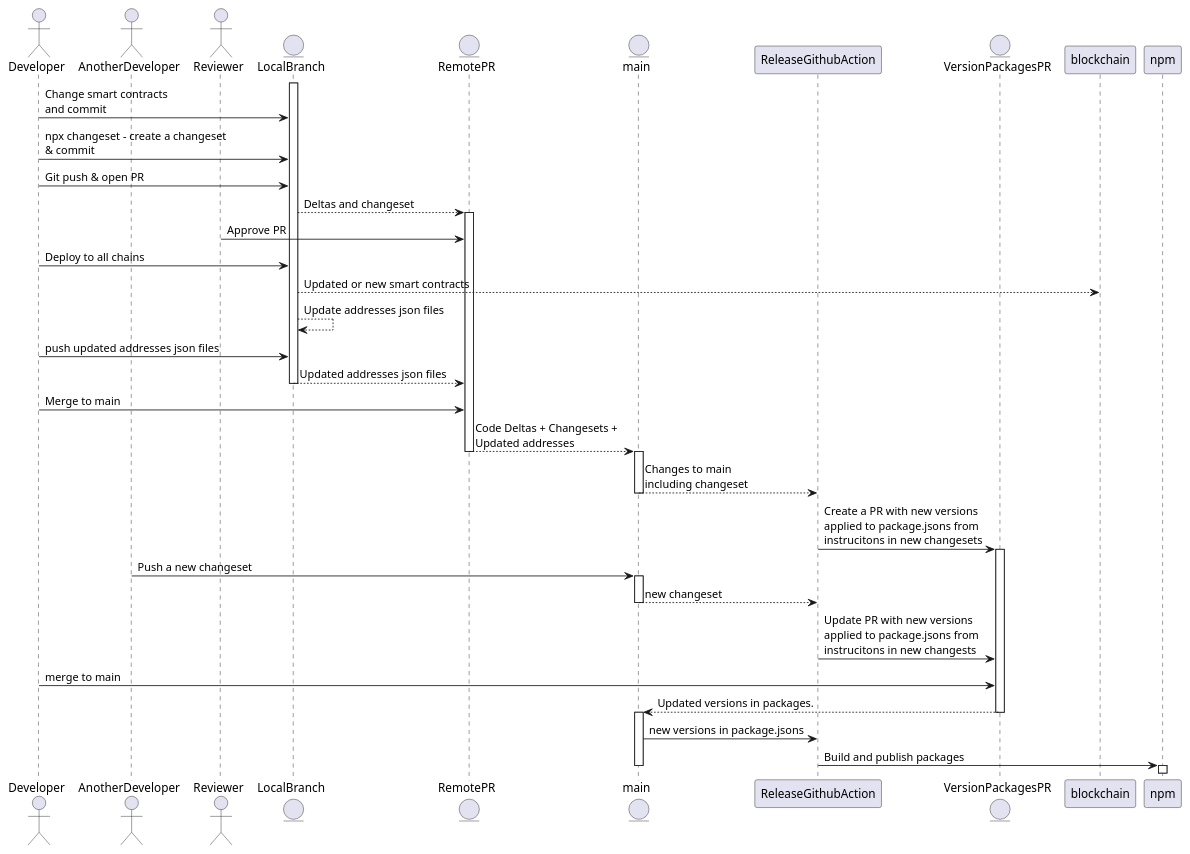
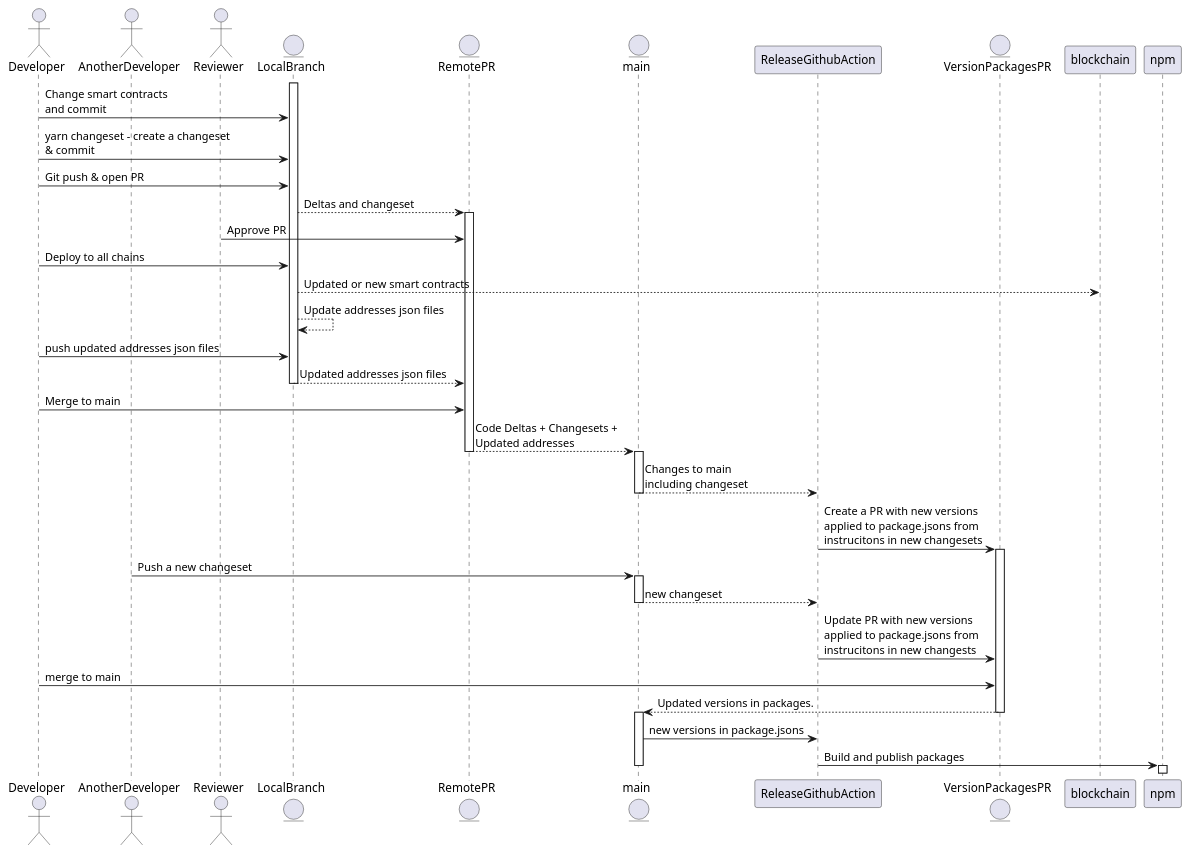
The diagram in packages/1155-contracts/uml/deployment.puml (ourzora/zora-protocol), drawn with PlantUML before and after one commit. The commit also changed 9 other files, not shown here.

```diff
--- a/packages/1155-contracts/uml/deployment.puml
+++ b/packages/1155-contracts/uml/deployment.puml
@@ -1,48 +1,48 @@
 @startuml
 actor Developer
 actor AnotherDeveloper
 actor Reviewer
 entity LocalBranch
 entity RemotePR
 entity main
 participant  ReleaseGithubAction
 entity VersionPackagesPR
 participant blockchain
 participant npm
 
 Activate LocalBranch
 Developer -> LocalBranch: Change smart contracts \nand commit
-Developer -> LocalBranch: npx changeset - create a changeset \n& commit 
+Developer -> LocalBranch: yarn changeset - create a changeset \n& commit 
 Developer -> LocalBranch: Git push & open PR
 LocalBranch --> RemotePR: Deltas and changeset
 activate RemotePR
 Reviewer -> RemotePR: Approve PR
 Developer -> LocalBranch: Deploy to all chains
 LocalBranch --> blockchain: Updated or new smart contracts
 LocalBranch --> LocalBranch: Update addresses json files
 Developer -> LocalBranch: push updated addresses json files
 LocalBranch --> RemotePR: Updated addresses json files
 deactivate LocalBranch
 Developer -> RemotePR: Merge to main
 RemotePR --> main: Code Deltas + Changesets + \nUpdated addresses
 deactivate RemotePR
 activate main
 main --> ReleaseGithubAction: Changes to main \nincluding changeset
 deactivate main
 ReleaseGithubAction -> VersionPackagesPR: Create a PR with new versions \napplied to package.jsons from \ninstrucitons in new changesets
 activate VersionPackagesPR
 AnotherDeveloper -> main: Push a new changeset
 activate main
 main --> ReleaseGithubAction: new changeset
 deactivate main
 ReleaseGithubAction -> VersionPackagesPR: Update PR with new versions \napplied to package.jsons from \ninstrucitons in new changests
 Developer -> VersionPackagesPR: merge to main
 VersionPackagesPR --> main: Updated versions in packages.
 deactivate VersionPackagesPR
 activate main
 main -> ReleaseGithubAction: new versions in package.jsons
 ReleaseGithubAction -> npm: Build and publish packages
 deactivate main
 activate npm
 
 @enduml
```
